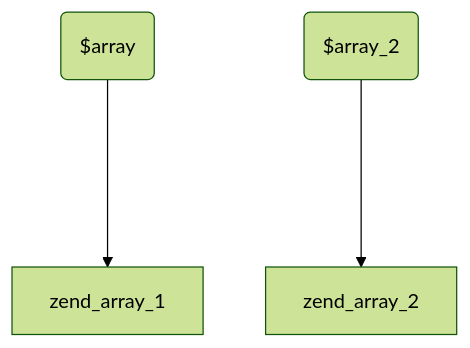
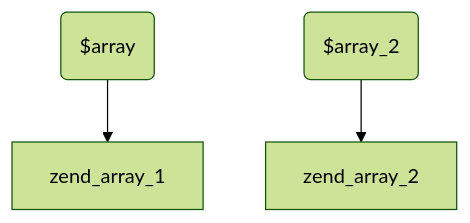
One commit to huanghantao/huanghantao.github.io changed the second of 3 diagrams in source/_posts/PHP内核之foreach.md. Above: the diagram before and after it, drawn with Mermaid (forest theme). The commit also changed other lines of this file, not shown here.

````diff
--- a/source/_posts/PHP内核之foreach.md
+++ b/source/_posts/PHP内核之foreach.md
@@ -113,5 +113,5 @@
 ```mermaid
 graph TB
-    1($array)---->3[zend_array_1]
-    2($array_2)---->4[zend_array_2]
+    1($array) --> 3[zend_array_1]
+    2($array_2) --> 4[zend_array_2]
 ```
````
